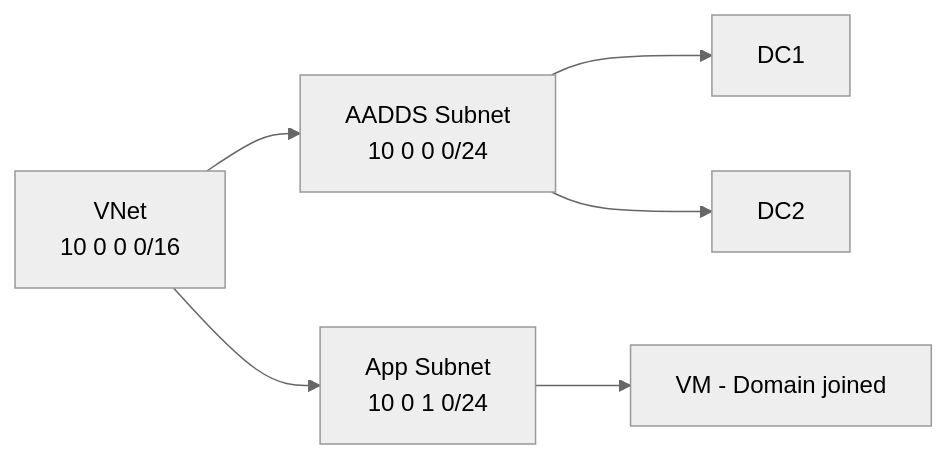
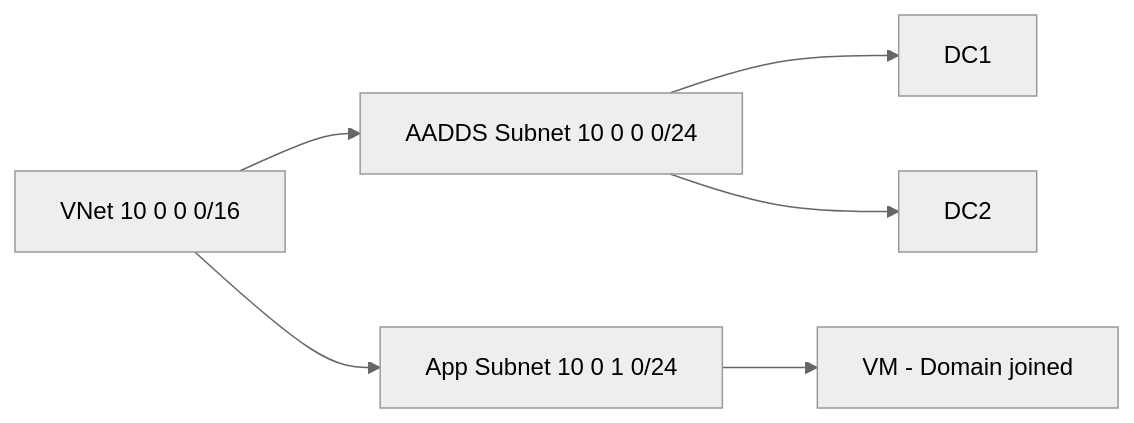
One commit to SoniiiT/notes-n-docs changed the third of 5 diagrams in Microsoft 365/Azure/Identität und Schlüssel/Azure AD Domain Services.md. Above: the diagram before and after it, drawn with Mermaid (neutral theme). The commit also changed other lines of this file and 124 other files, not shown here.

First line of the commit message:
fix: Entferne \n aus allen Mermaid-Diagrammen (125 Dateien)

````diff
--- a/Microsoft 365/Azure/Identität und Schlüssel/Azure AD Domain Services.md
+++ b/Microsoft 365/Azure/Identität und Schlüssel/Azure AD Domain Services.md
@@ -113,8 +113,8 @@
 ```mermaid
 graph LR
-    VNET[VNet\n10 0 0 0/16] --> AADDS_SNET[AADDS Subnet\n10 0 0 0/24]
-    VNET --> APP_SNET[App Subnet\n10 0 1 0/24]
+    VNET[VNet 10 0 0 0/16] --> AADDS_SNET[AADDS Subnet 10 0 0 0/24]
+    VNET --> APP_SNET[App Subnet 10 0 1 0/24]
     AADDS_SNET --> DC1[DC1]
     AADDS_SNET --> DC2[DC2]
     APP_SNET --> VM1[VM - Domain joined]
 ```
````
